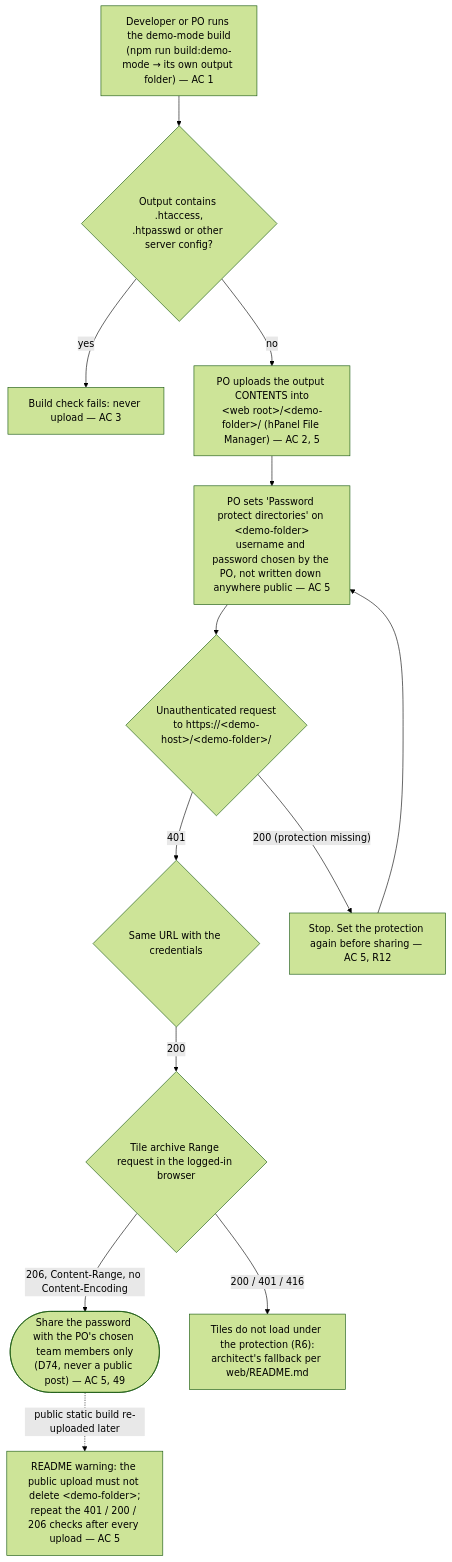
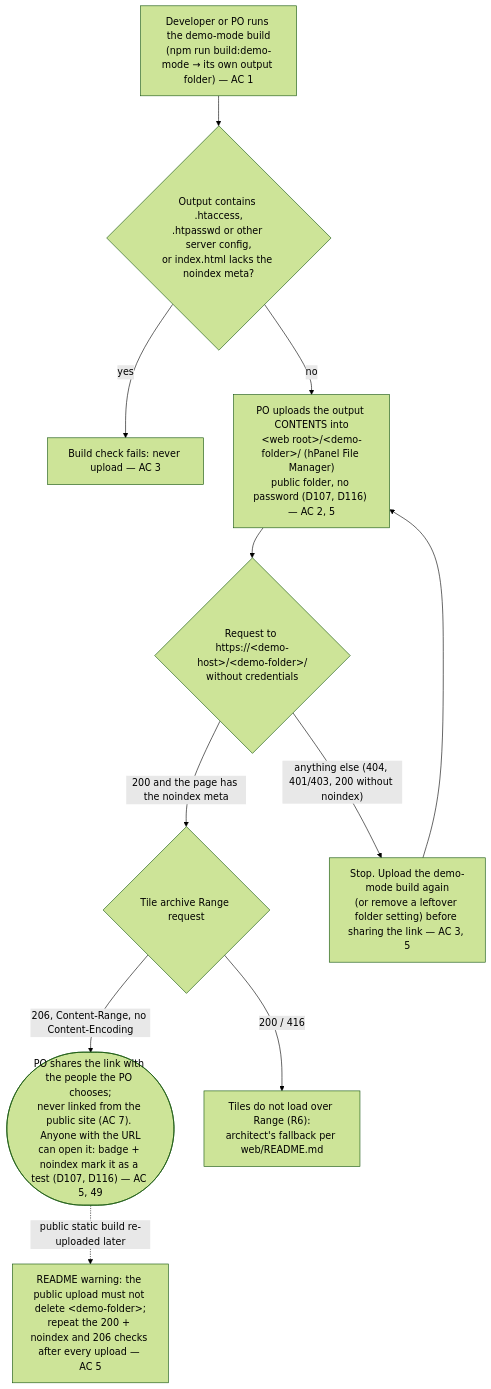
Before and after one commit to Uranbold/test.github.io: the first of 8 diagrams in docs/design/flows/NAV-017-web-demo-mode.md, drawn with Mermaid (forest theme). The commit also changed other lines of this file and 29 other files, not shown here.

First line of the commit message:
Cleanup batch: NAV-006 decisions D127–D135 and fixes F1–F5; NAV-017 public demo docs; ADR updates; test plans; PO iPhone evidence; follow-ups triaged

````diff
--- a/docs/design/flows/NAV-017-web-demo-mode.md
+++ b/docs/design/flows/NAV-017-web-demo-mode.md
@@ -15,15 +15,13 @@
 ```mermaid
 flowchart TD
-    B["Developer or PO runs the demo-mode build<br/>(npm run build:demo-mode → its own output folder) — AC 1"] --> C{"Output contains .htaccess,<br/>.htpasswd or other server config?"}
+    B["Developer or PO runs the demo-mode build<br/>(npm run build:demo-mode → its own output folder) — AC 1"] --> C{"Output contains .htaccess,<br/>.htpasswd or other server config,<br/>or index.html lacks the noindex meta?"}
     C -- yes --> X["Build check fails: never upload — AC 3"]
-    C -- no --> U["PO uploads the output CONTENTS into<br/>#lt;web root#gt;/#lt;demo-folder#gt;/ (hPanel File Manager) — AC 2, 5"]
-    U --> P["PO sets 'Password protect directories' on #lt;demo-folder#gt;<br/>username and password chosen by the PO, not written down anywhere public — AC 5"]
-    P --> K1{"Unauthenticated request<br/>to https://#lt;demo-host#gt;/#lt;demo-folder#gt;/"}
-    K1 -- "401" --> K2{"Same URL with the credentials"}
-    K1 -- "200 (protection missing)" --> FIX["Stop. Set the protection again before sharing — AC 5, R12"]
-    K2 -- "200" --> K3{"Tile archive Range request in the logged-in browser"}
-    K3 -- "206, Content-Range, no Content-Encoding" --> OK(["Share the password with the PO's chosen team members only<br/>(D74, never a public post) — AC 5, 49"])
-    K3 -- "200 / 401 / 416" --> TR["Tiles do not load under the protection (R6):<br/>architect's fallback per web/README.md"]
-    FIX --> P
-    OK -. "public static build re-uploaded later" .-> W["README warning: the public upload must not delete #lt;demo-folder#gt;;<br/>repeat the 401 / 200 / 206 checks after every upload — AC 5"]
+    C -- no --> U["PO uploads the output CONTENTS into<br/>#lt;web root#gt;/#lt;demo-folder#gt;/ (hPanel File Manager)<br/>public folder, no password (D107, D116) — AC 2, 5"]
+    U --> K1{"Request to https://#lt;demo-host#gt;/#lt;demo-folder#gt;/<br/>without credentials"}
+    K1 -- "200 and the page has the noindex meta" --> K3{"Tile archive Range request"}
+    K1 -- "anything else (404, 401/403, 200 without noindex)" --> FIX["Stop. Upload the demo-mode build again<br/>(or remove a leftover folder setting) before sharing the link — AC 3, 5"]
+    K3 -- "206, Content-Range, no Content-Encoding" --> OK(["PO shares the link with the people the PO chooses;<br/>never linked from the public site (AC 7). Anyone with the URL<br/>can open it: badge + noindex mark it as a test (D107, D116) — AC 5, 49"])
+    K3 -- "200 / 416" --> TR["Tiles do not load over Range (R6):<br/>architect's fallback per web/README.md"]
+    FIX --> U
+    OK -. "public static build re-uploaded later" .-> W["README warning: the public upload must not delete #lt;demo-folder#gt;;<br/>repeat the 200 + noindex and 206 checks after every upload — AC 5"]
 ```
````
